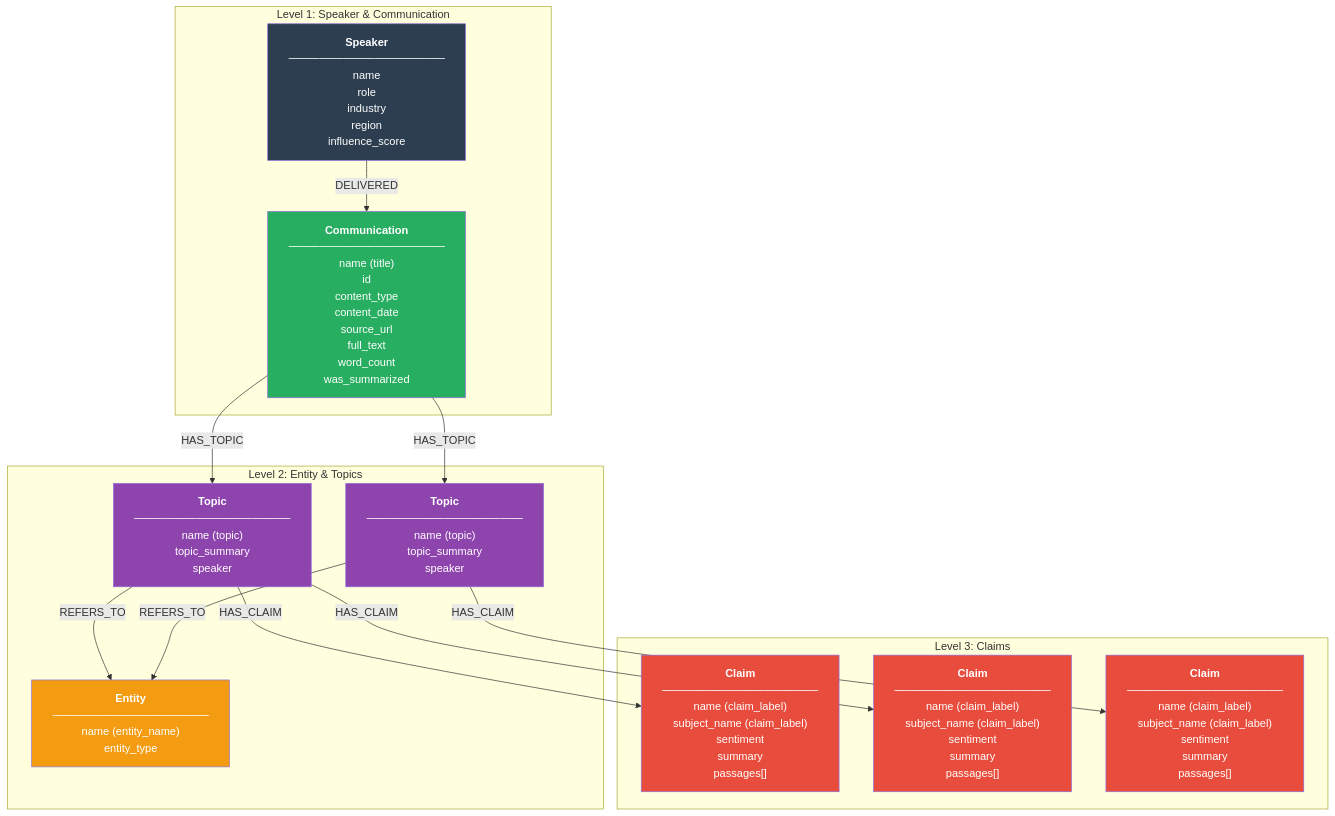
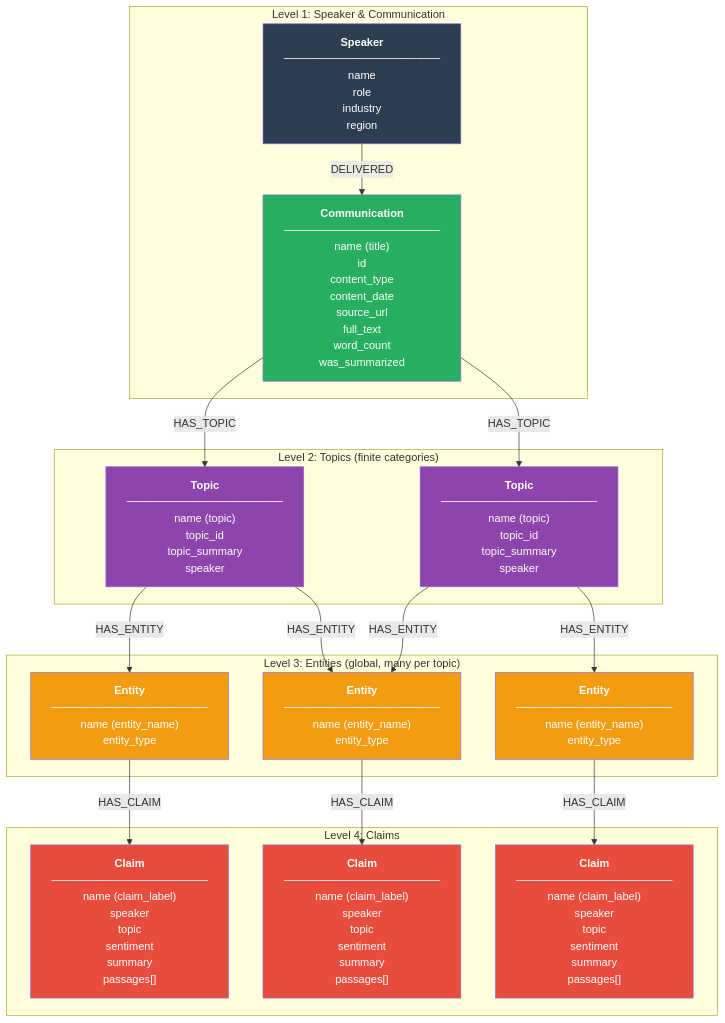
The fourth of 4 diagrams in documentation/architecture.md (dmitriyratu/DiscourseKG), drawn with Mermaid before and after one commit. The commit also changed other lines of this file and 3 other files, not shown here.

First line of the commit message:
refactor: enhance graph data models and improve Neo4j loading process

````diff
--- a/documentation/architecture.md
+++ b/documentation/architecture.md
@@ -403,37 +403,46 @@
 ```mermaid
 graph TB
     subgraph "Level 1: Speaker & Communication"
-        S["<b>Speaker</b><br/>────────────────────<br/>name<br/>role<br/>industry<br/>region<br/>influence_score"]
+        S["<b>Speaker</b><br/>────────────────────<br/>name<br/>role<br/>industry<br/>region"]
         C["<b>Communication</b><br/>────────────────────<br/>name (title)<br/>id<br/>content_type<br/>content_date<br/>source_url<br/>full_text<br/>word_count<br/>was_summarized"]
     end
     
-    subgraph "Level 2: Entity & Topics"
-        E["<b>Entity</b><br/>────────────────────<br/>name (entity_name)<br/>entity_type"]
-        M1["<b>Topic</b><br/>────────────────────<br/>name (topic)<br/>topic_summary<br/>speaker"]
-        M2["<b>Topic</b><br/>────────────────────<br/>name (topic)<br/>topic_summary<br/>speaker"]
+    subgraph "Level 2: Topics (finite categories)"
+        T1["<b>Topic</b><br/>────────────────────<br/>name (topic)<br/>topic_id<br/>topic_summary<br/>speaker"]
+        T2["<b>Topic</b><br/>────────────────────<br/>name (topic)<br/>topic_id<br/>topic_summary<br/>speaker"]
     end
     
-    subgraph "Level 3: Claims"
-        SU1["<b>Claim</b><br/>────────────────────<br/>name (claim_label)<br/>subject_name (claim_label)<br/>sentiment<br/>summary<br/>passages[]"]
-        SU2["<b>Claim</b><br/>────────────────────<br/>name (claim_label)<br/>subject_name (claim_label)<br/>sentiment<br/>summary<br/>passages[]"]
-        SU3["<b>Claim</b><br/>────────────────────<br/>name (claim_label)<br/>subject_name (claim_label)<br/>sentiment<br/>summary<br/>passages[]"]
+    subgraph "Level 3: Entities (global, many per topic)"
+        E1["<b>Entity</b><br/>────────────────────<br/>name (entity_name)<br/>entity_type"]
+        E2["<b>Entity</b><br/>────────────────────<br/>name (entity_name)<br/>entity_type"]
+        E3["<b>Entity</b><br/>────────────────────<br/>name (entity_name)<br/>entity_type"]
+    end
+    
+    subgraph "Level 4: Claims"
+        CL1["<b>Claim</b><br/>────────────────────<br/>name (claim_label)<br/>speaker<br/>topic<br/>sentiment<br/>summary<br/>passages[]"]
+        CL2["<b>Claim</b><br/>────────────────────<br/>name (claim_label)<br/>speaker<br/>topic<br/>sentiment<br/>summary<br/>passages[]"]
+        CL3["<b>Claim</b><br/>────────────────────<br/>name (claim_label)<br/>speaker<br/>topic<br/>sentiment<br/>summary<br/>passages[]"]
     end
     
     S -->|DELIVERED| C
-    C -->|HAS_TOPIC| M1
-    C -->|HAS_TOPIC| M2
-    M1 -->|REFERS_TO| E
-    M2 -->|REFERS_TO| E
-    M1 -->|HAS_CLAIM| SU1
-    M1 -->|HAS_CLAIM| SU2
-    M2 -->|HAS_CLAIM| SU3
+    C -->|HAS_TOPIC| T1
+    C -->|HAS_TOPIC| T2
+    T1 -->|HAS_ENTITY| E1
+    T1 -->|HAS_ENTITY| E2
+    T2 -->|HAS_ENTITY| E2
+    T2 -->|HAS_ENTITY| E3
+    E1 -->|HAS_CLAIM| CL1
+    E2 -->|HAS_CLAIM| CL2
+    E3 -->|HAS_CLAIM| CL3
     
     style S fill:#2C3E50,color:#fff
     style C fill:#27AE60,color:#fff
-    style E fill:#F39C12,color:#fff
-    style M1 fill:#8E44AD,color:#fff
-    style M2 fill:#8E44AD,color:#fff
-    style SU1 fill:#E74C3C,color:#fff
-    style SU2 fill:#E74C3C,color:#fff
-    style SU3 fill:#E74C3C,color:#fff
+    style T1 fill:#8E44AD,color:#fff
+    style T2 fill:#8E44AD,color:#fff
+    style E1 fill:#F39C12,color:#fff
+    style E2 fill:#F39C12,color:#fff
+    style E3 fill:#F39C12,color:#fff
+    style CL1 fill:#E74C3C,color:#fff
+    style CL2 fill:#E74C3C,color:#fff
+    style CL3 fill:#E74C3C,color:#fff
 ```
````
